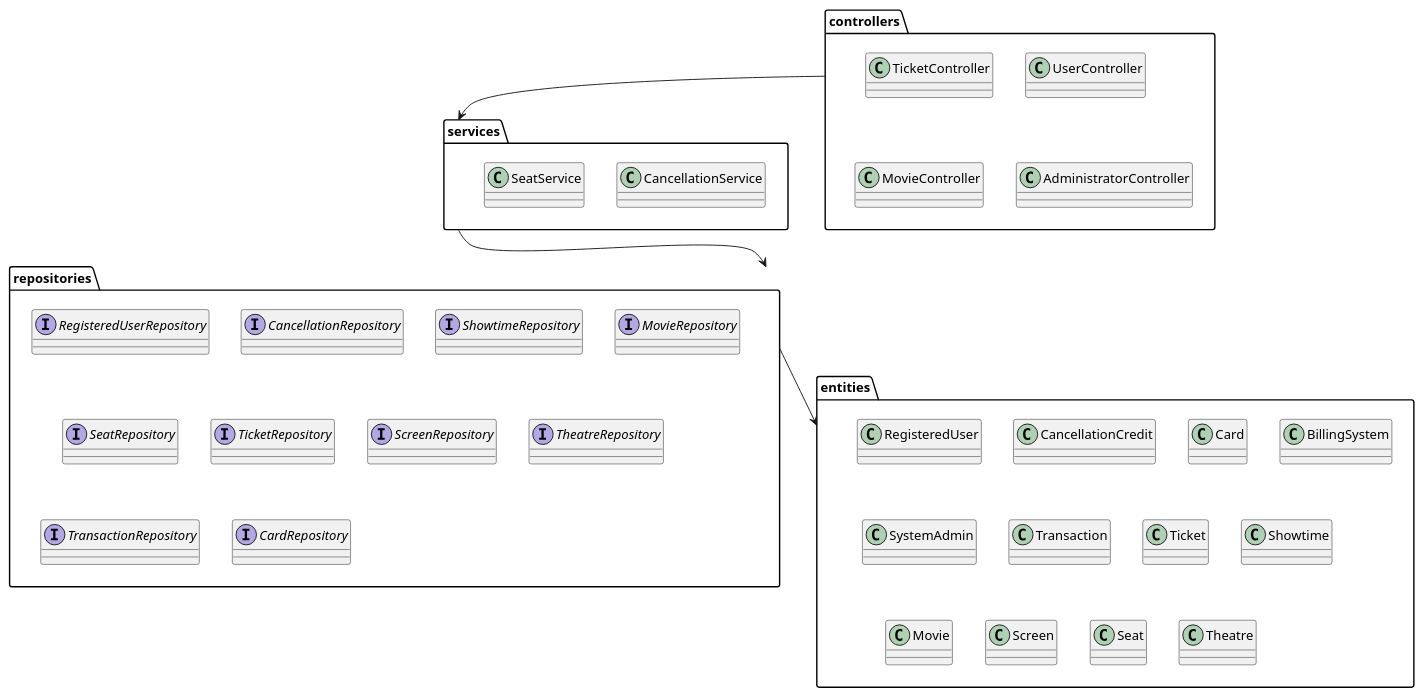
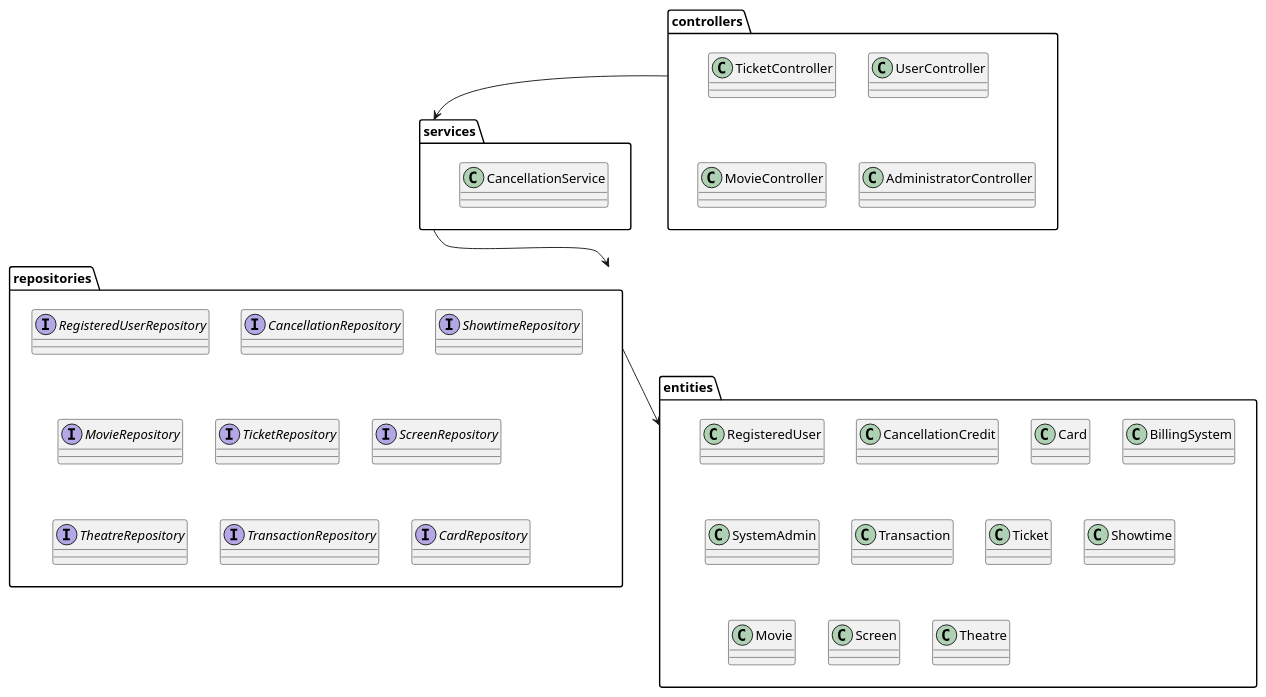
Before and after one commit to m-metz/ensf614-project: the diagram in package.plantuml, drawn with PlantUML. The commit also changed 1 other file, not shown here.

Commit message:
create deployment diagram

```diff
--- a/package.plantuml
+++ b/package.plantuml
@@ -1,48 +1,45 @@
 @startuml
 package controllers {
 
 class UserController
 class TicketController
 class MovieController
 class AdministratorController
 }
 
 package repositories {
 interface RegisteredUserRepository
 interface CancellationRepository
 interface ShowtimeRepository
 interface MovieRepository
-interface SeatRepository
 interface TicketRepository
 interface ScreenRepository
 interface TheatreRepository
 interface TransactionRepository
 interface CardRepository
 
 }
 
 package services {
 class CancellationService
-class SeatService
 }
 
 package entities {
 
 class RegisteredUser
 class CancellationCredit
 class Card
 class BillingSystem
 class SystemAdmin
 class Transaction
 class Ticket
 class Showtime 
 class Movie
 class Screen
-class Seat
 class Theatre
 }
 
 controllers --> services 
 services --> repositories 
 repositories --> entities
 @enduml
```
